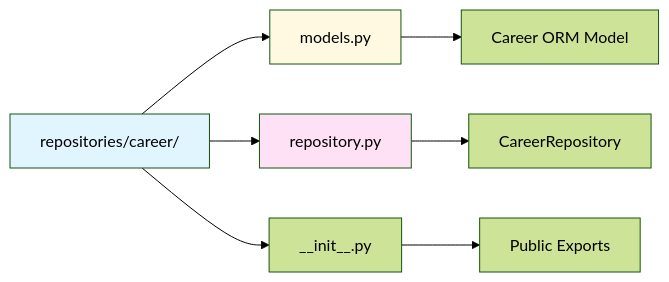
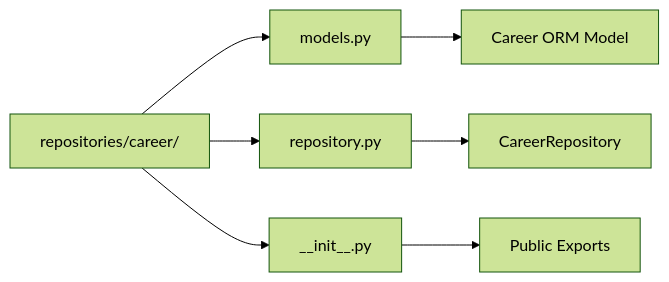
One commit to ELC/upskilling changed the third of 6 diagrams in docs/changes_from_restructure-fastapi-app_to_restructure-models.md. Above: the diagram before and after it, drawn with Mermaid (forest theme). The commit also changed other lines of this file, not shown here.

````diff
--- a/docs/changes_from_restructure-fastapi-app_to_restructure-models.md
+++ b/docs/changes_from_restructure-fastapi-app_to_restructure-models.md
@@ -121,14 +115,10 @@
 ```mermaid
 graph LR
     A[repositories/career/] --> B[models.py]
     A --> C[repository.py]
     A --> D[__init__.py]
     
     B --> E[Career ORM Model]
     C --> F[CareerRepository]
     D --> G[Public Exports]
-    
-    style A fill:#e1f5ff
-    style B fill:#fff9e1
-    style C fill:#ffe1f5
 ```
````
